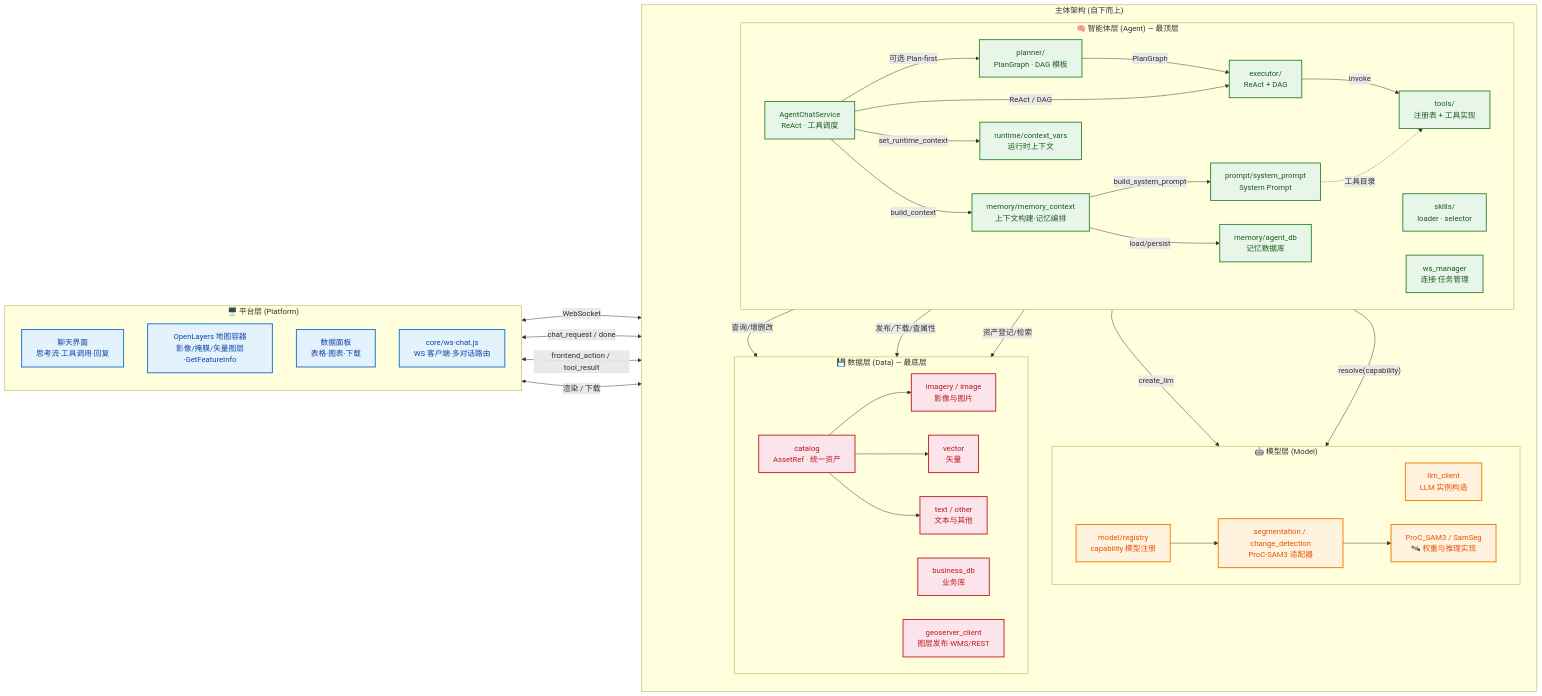
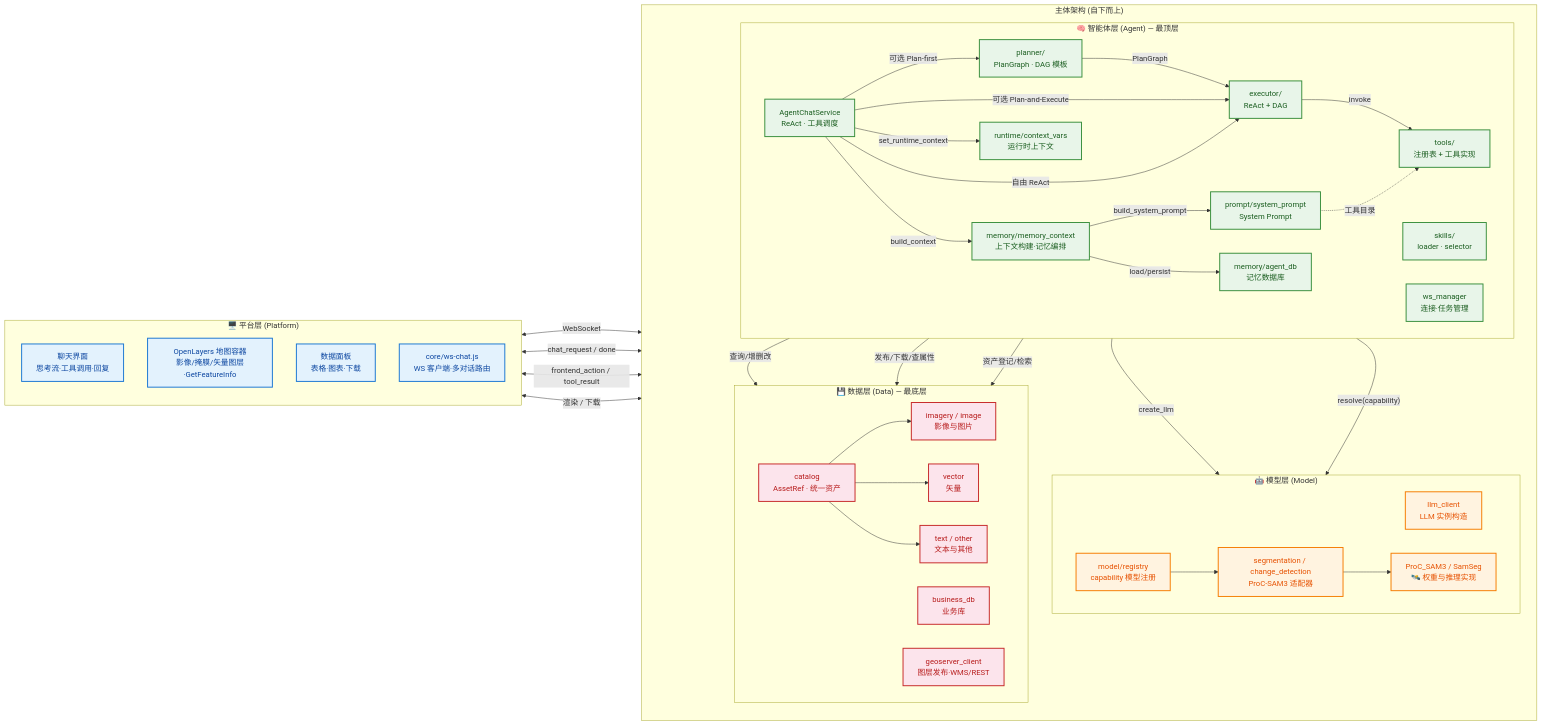
One commit to qianxiR/Agent-RSCD changed the diagram in docs/architecture.md. Above: the diagram before and after it, drawn with Mermaid. The commit also changed other lines of this file and 22 other files, not shown here.

First line of the commit message:
feat(agent): 引入 Plan-and-Execute 外层循环与 LLM 规划器

```diff
--- a/docs/architecture.md
+++ b/docs/architecture.md
@@ -205,7 +205,8 @@
     %% ========== 智能体层内部 ==========
     SERVICE -->|"可选 Plan-first"| PLANNER
     PLANNER -->|"PlanGraph"| EXECUTOR
-    SERVICE -->|"ReAct / DAG"| EXECUTOR
+    SERVICE -->|"可选 Plan-and-Execute"| EXECUTOR
+    SERVICE -->|"自由 ReAct"| EXECUTOR
     EXECUTOR -->|"invoke"| TOOLS
     SERVICE -->|"build_context"| MEMORY
     SERVICE -->|"set_runtime_context"| RUNTIME
```
